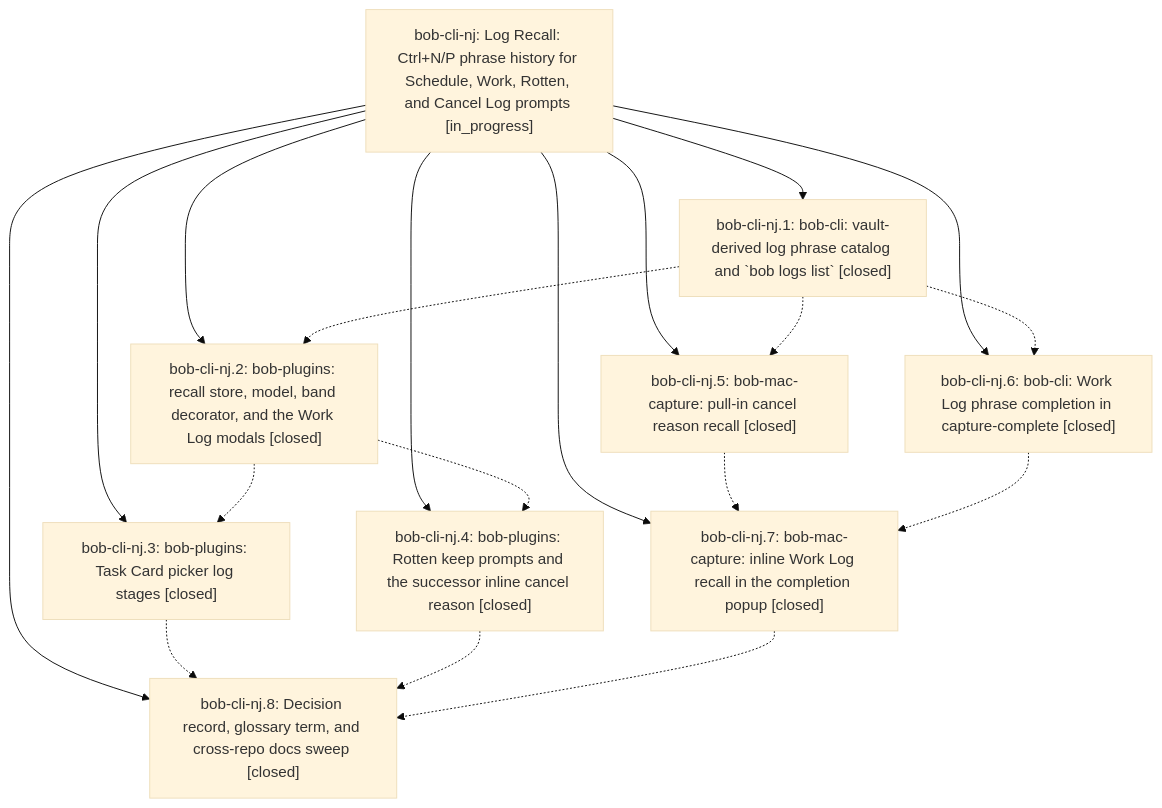
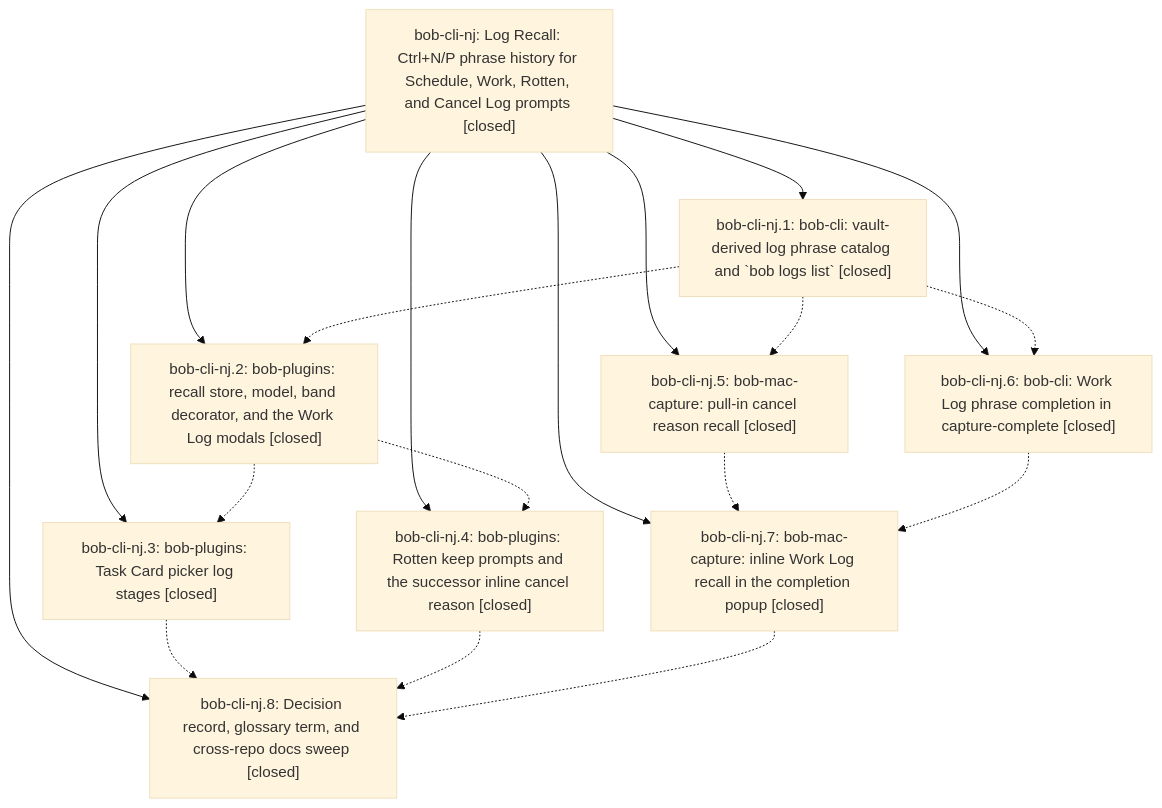
The diagram in pages/bob-cli-nj/README.md (bobs-org/bob-cli--beads), drawn with Mermaid (base theme) before and after one commit. The commit also changed other lines of this file and 2 other files, not shown here.

First line of the commit message:
chore(beads): sync bead state and pages for bob-cli-nj

````diff
--- a/pages/bob-cli-nj/README.md
+++ b/pages/bob-cli-nj/README.md
@@ -51,30 +64,30 @@
 ```mermaid
 flowchart TD
-    n0["bob-cli-nj: Log Recall: Ctrl+N/P phrase history for Schedule, Work, Rotten, and Cancel Log prompts [in_progress]"]
+    n0["bob-cli-nj: Log Recall: Ctrl+N/P phrase history for Schedule, Work, Rotten, and Cancel Log prompts [closed]"]
     n1["bob-cli-nj.1: bob-cli: vault-derived log phrase catalog and `bob logs list` [closed]"]
     n2["bob-cli-nj.2: bob-plugins: recall store, model, band decorator, and the Work Log modals [closed]"]
     n3["bob-cli-nj.3: bob-plugins: Task Card picker log stages [closed]"]
     n4["bob-cli-nj.4: bob-plugins: Rotten keep prompts and the successor inline cancel reason [closed]"]
     n5["bob-cli-nj.5: bob-mac-capture: pull-in cancel reason recall [closed]"]
     n6["bob-cli-nj.6: bob-cli: Work Log phrase completion in capture-complete [closed]"]
     n7["bob-cli-nj.7: bob-mac-capture: inline Work Log recall in the completion popup [closed]"]
     n8["bob-cli-nj.8: Decision record, glossary term, and cross-repo docs sweep [closed]"]
     n0 --> n1
     n0 --> n2
     n0 --> n3
     n0 --> n4
     n0 --> n5
     n0 --> n6
     n0 --> n7
     n0 --> n8
     n1 -.-> n2
     n1 -.-> n5
     n1 -.-> n6
     n2 -.-> n3
     n2 -.-> n4
     n3 -.-> n8
     n4 -.-> n8
     n5 -.-> n7
     n6 -.-> n7
     n7 -.-> n8
 ```
````
